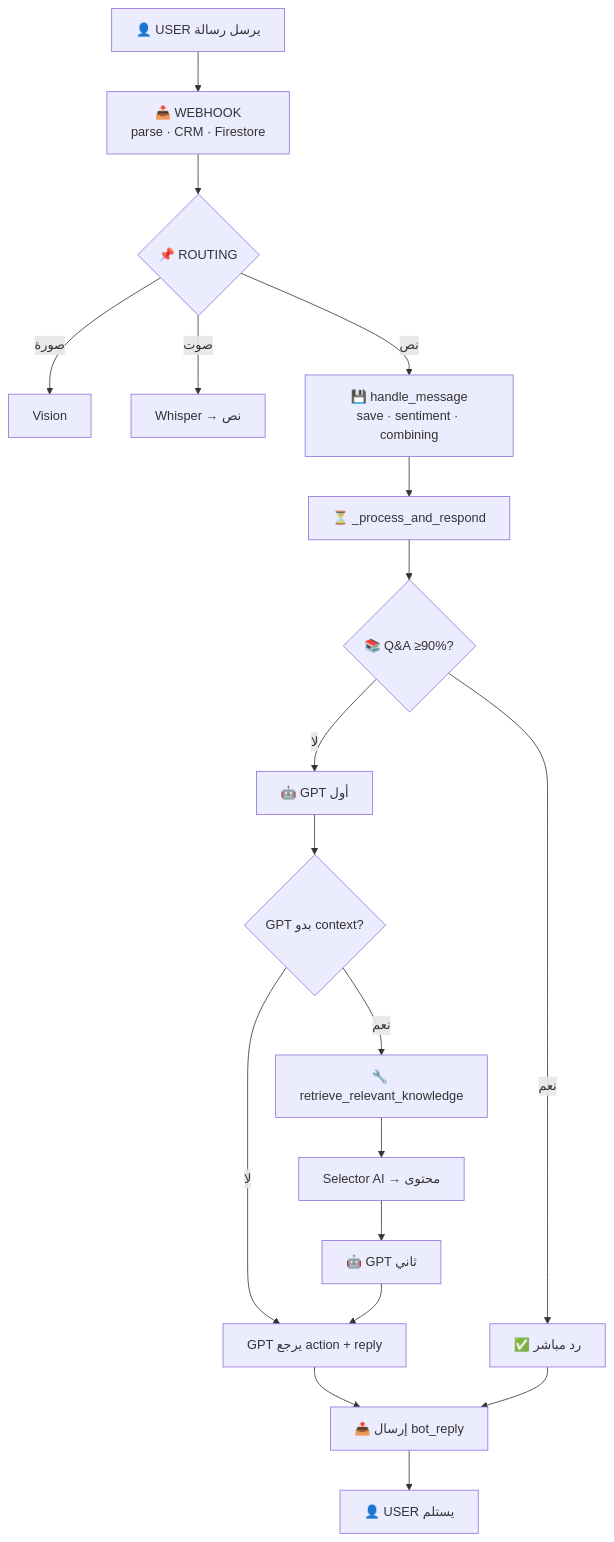
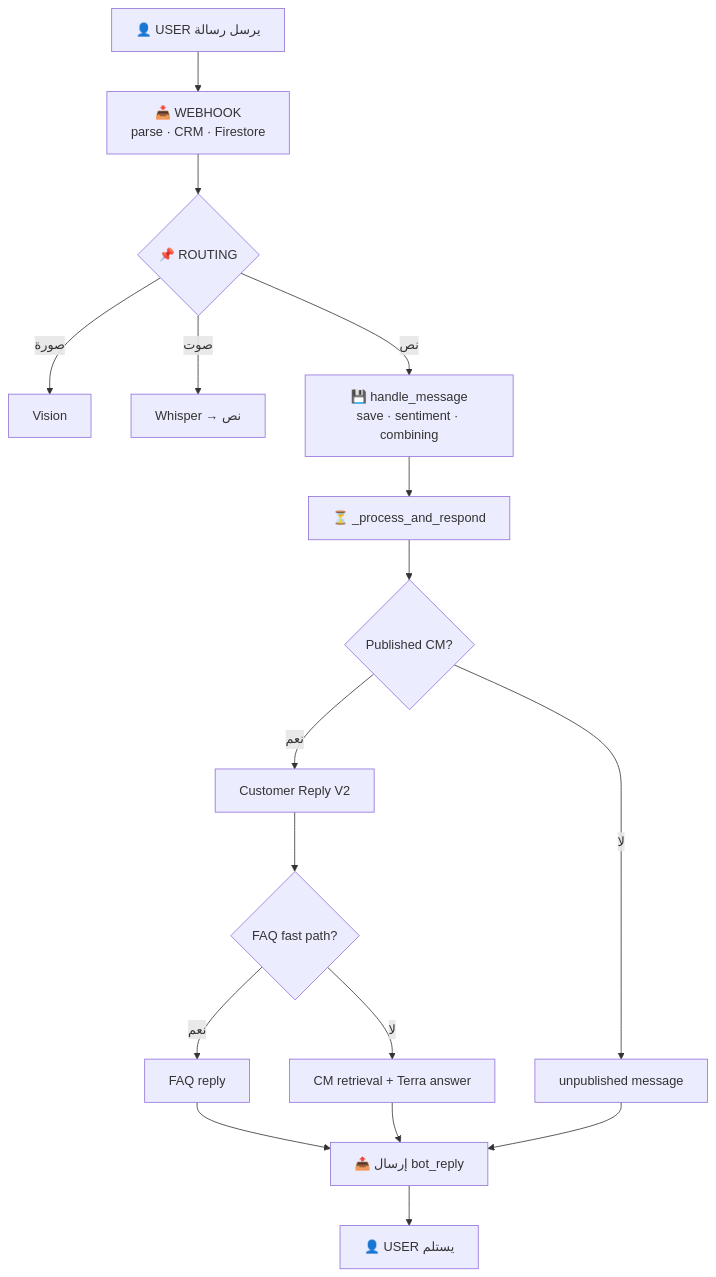
The diagram in docs/MESSAGE_FLOW_MOCKUP.md (MahmoudAlZougbhi/linasbot-server), drawn with Mermaid before and after one commit. The commit also changed other lines of this file and 40 other files, not shown here.

````diff
--- a/docs/MESSAGE_FLOW_MOCKUP.md
+++ b/docs/MESSAGE_FLOW_MOCKUP.md
@@ -5,21 +5,19 @@
 ```mermaid
 flowchart TD
     A[👤 USER يرسل رسالة] --> B[📥 WEBHOOK<br/>parse · CRM · Firestore]
     B --> C{📌 ROUTING}
     C -->|صورة| D3[Vision]
     C -->|صوت| D4[Whisper → نص]
     C -->|نص| E[💾 handle_message<br/>save · sentiment · combining]
     E --> F[⏳ _process_and_respond]
-    F --> G{📚 Q&A ≥90%?}
-    G -->|نعم| H[✅ رد مباشر]
-    G -->|لا| I[🤖 GPT أول]
-    I --> J{GPT بدو context?}
-    J -->|لا| K[GPT يرجع action + reply]
-    J -->|نعم| L[🔧 retrieve_relevant_knowledge]
-    L --> M[Selector AI → محتوى]
-    M --> N[🤖 GPT ثاني]
-    N --> K
+    F --> G{Published CM?}
+    G -->|لا| H[unpublished message]
+    G -->|نعم| I[Customer Reply V2]
+    I --> J{FAQ fast path?}
+    J -->|نعم| K[FAQ reply]
+    J -->|لا| L[CM retrieval + Terra answer]
     K --> O[📤 إرسال bot_reply]
+    L --> O
     H --> O
     O --> P[👤 USER يستلم]
 ```
````
